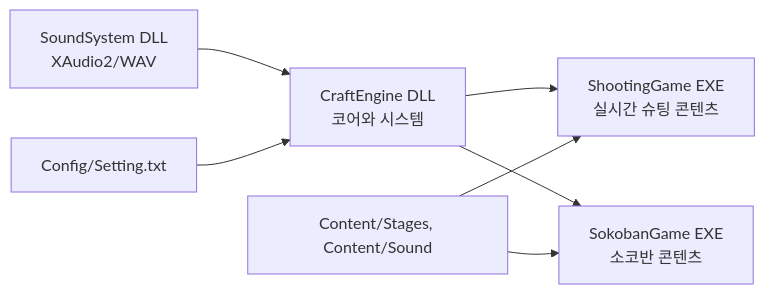
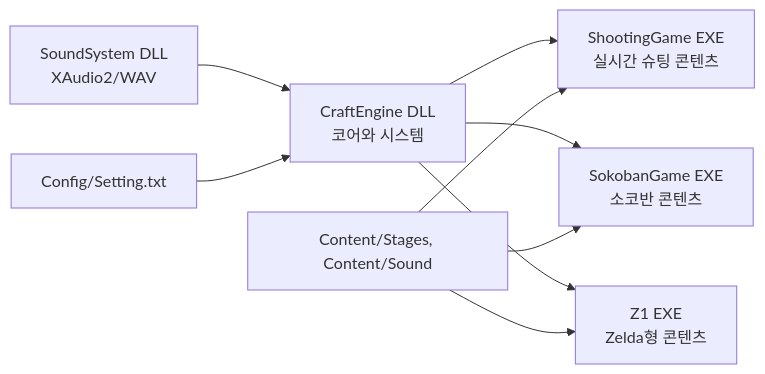
One commit to 9kyo-hwang/ConsoleGameProject changed the first of 2 diagrams in docs/ARCHITECTURE.md. Above: the diagram before and after it, drawn with Mermaid. The commit also changed other lines of this file and 3 other files, not shown here.

````diff
--- a/docs/ARCHITECTURE.md
+++ b/docs/ARCHITECTURE.md
@@ -11,9 +11,11 @@
 ```mermaid
 flowchart LR
     Sound[SoundSystem DLL<br/>XAudio2/WAV] --> Engine[CraftEngine DLL<br/>코어와 시스템]
     Engine --> Shooting[ShootingGame EXE<br/>실시간 슈팅 콘텐츠]
     Engine --> Sokoban[SokobanGame EXE<br/>소코반 콘텐츠]
+    Engine --> Z1[Z1 EXE<br/>Zelda형 콘텐츠]
     Config[Config/Setting.txt] --> Engine
     Content[Content/Stages, Content/Sound] --> Shooting
     Content --> Sokoban
+    Content --> Z1
 ```
````
